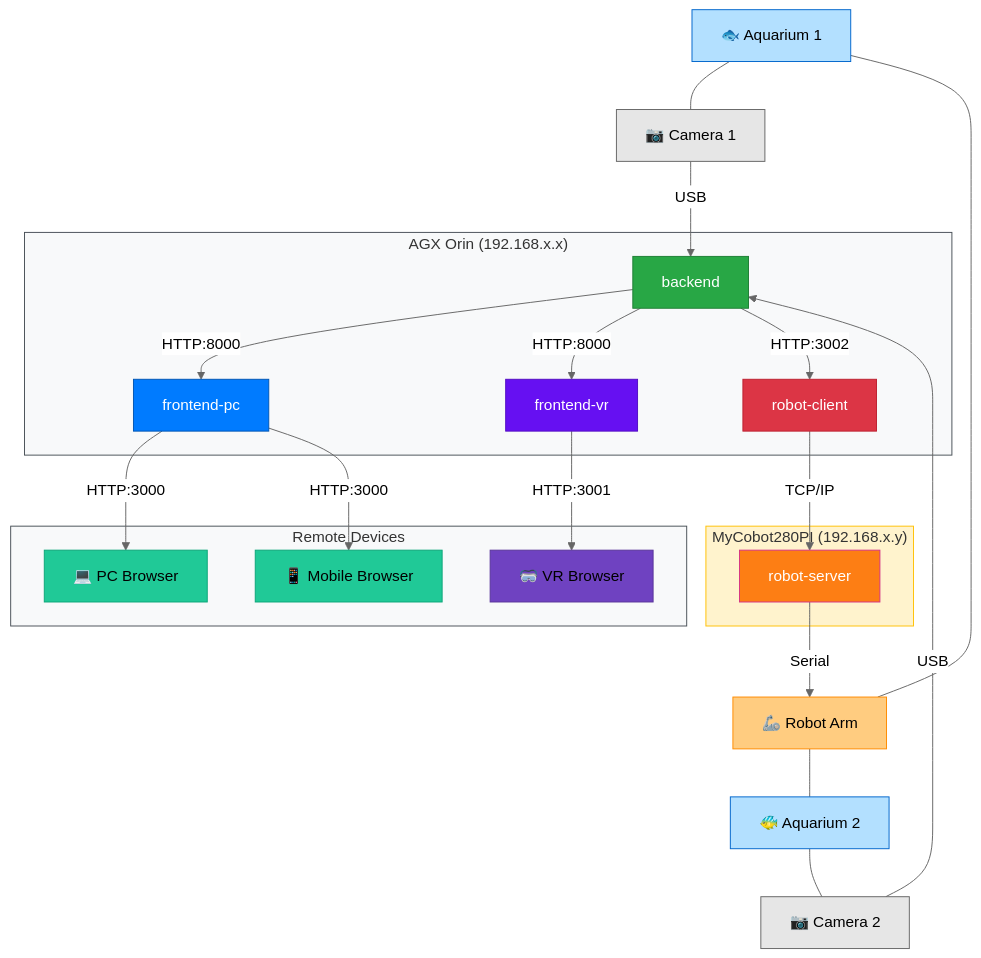
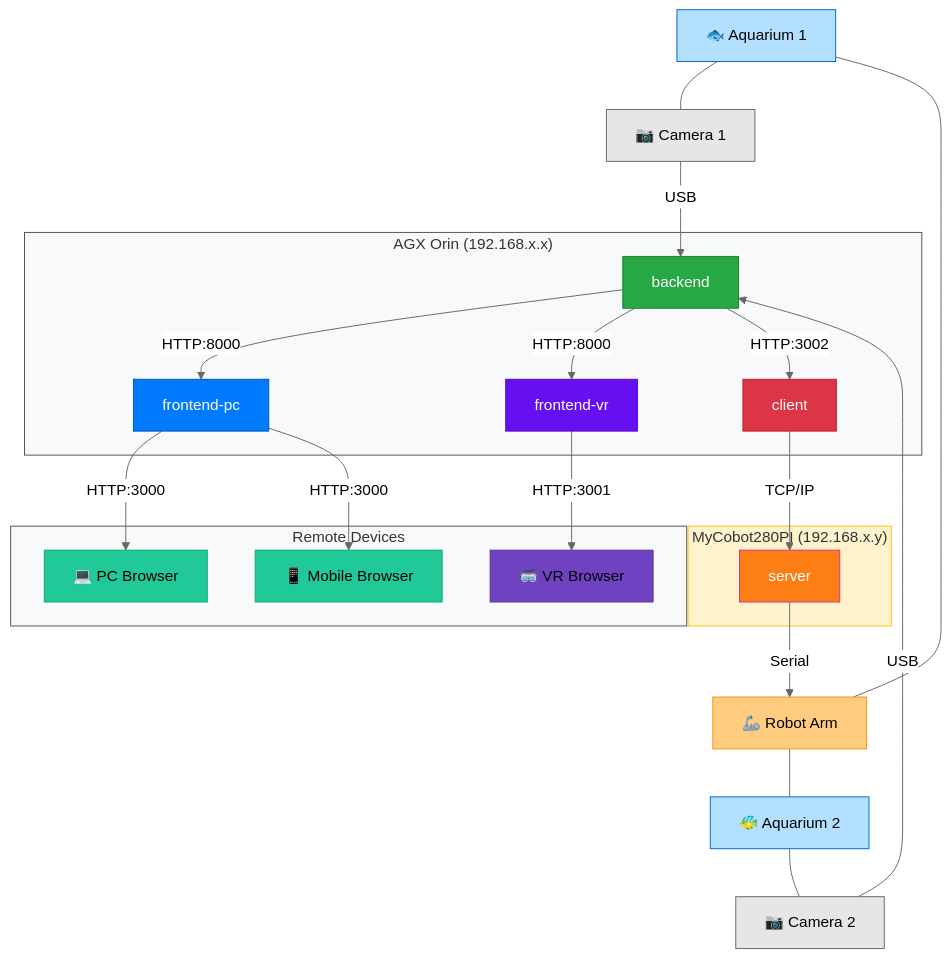
One commit to hu-po/aquarius changed the diagram in README.md. Above: the diagram before and after it, drawn with Mermaid (neutral theme). The commit also changed other lines of this file and 1 other file, not shown here.

````diff
--- a/README.md
+++ b/README.md
@@ -34,59 +36,59 @@
 ```mermaid
 flowchart TB
     aquarium1["🐟 Aquarium 1"]--- camera1["📷 Camera 1"]
     aquarium2["🐠 Aquarium 2"]--- camera2["📷 Camera 2"]
     robot_arm["🦾 Robot Arm"] --- aquarium1
     robot_arm --- aquarium2
     
     subgraph Edge["AGX Orin (192.168.x.x)"]
         backend["backend"]
         fe_pc["frontend-pc"]
         fe_vr["frontend-vr"]
-        robot_client["robot-client"]
+        robot_client["client"]
         backend -- "HTTP:8000" --> fe_pc
         backend -- "HTTP:8000" --> fe_vr
         backend -- "HTTP:3002" --> robot_client
     end
     
     subgraph Robot["MyCobot280PI (192.168.x.y)"]
-        robot_server["robot-server"]
+        robot_server["server"]
     end
     
     subgraph Remote_Devices["Remote Devices"]
         pc["💻 PC Browser"]
         vr["🥽 VR Browser"]
         phone["📱 Mobile Browser"]
     end
     
     camera1 -- "USB" --> backend
     camera2 -- "USB" --> backend
     fe_pc -- "HTTP:3000" --> pc
     fe_pc -- "HTTP:3000" --> phone
     fe_vr -- "HTTP:3001" --> vr
     robot_client -- "TCP/IP" --> robot_server
     robot_server -- "Serial" --> robot_arm
 
     %% Hardware components
     style aquarium1 fill:#b3e0ff,stroke:#0066cc
     style aquarium2 fill:#b3e0ff,stroke:#0066cc
     style camera1 fill:#e6e6e6,stroke:#666666
     style camera2 fill:#e6e6e6,stroke:#666666
     style robot_arm fill:#ffcc80,stroke:#ff8c00
 
     %% Edge computing node
     style Edge fill:#f8f9fa,stroke:#495057
     style backend fill:#28a745,stroke:#1e7e34,color:#ffffff
     style fe_pc fill:#007bff,stroke:#0056b3,color:#ffffff
     style fe_vr fill:#6610f2,stroke:#520dc2,color:#ffffff
     style robot_client fill:#dc3545,stroke:#bd2130,color:#ffffff
 
     %% Robot node
     style Robot fill:#fff3cd,stroke:#ffc107
     style robot_server fill:#fd7e14,stroke:#d63384,color:#ffffff
 
     %% Client devices
     style Remote_Devices fill:#f8f9fa,stroke:#495057
     style pc fill:#20c997,stroke:#0ca678
     style vr fill:#6f42c1,stroke:#59359a
     style phone fill:#20c997,stroke:#0ca678
 ```
````
